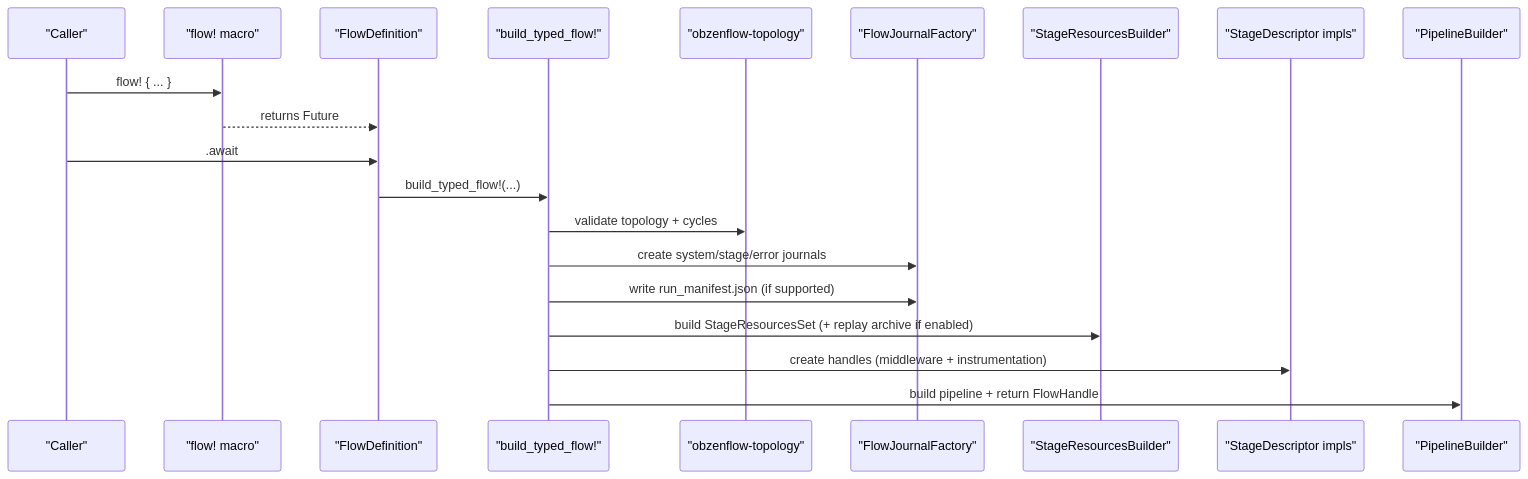
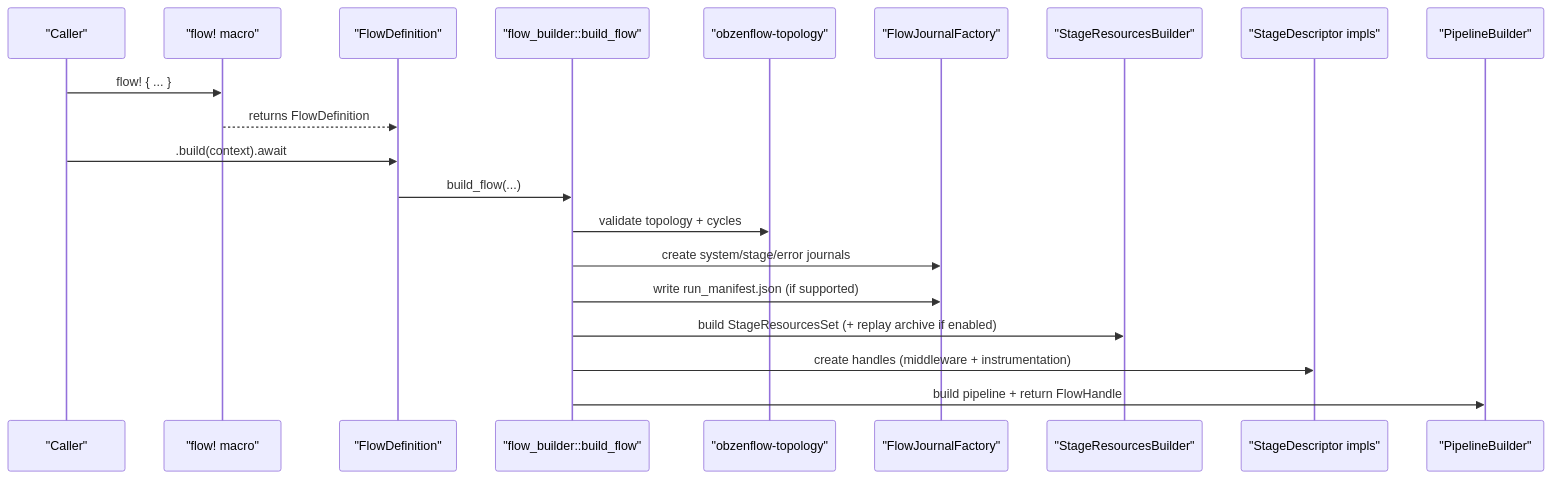
One commit to ObzenFlow/obzenflow changed the second of 2 diagrams in crates/obzenflow_dsl/src/dsl/README.md. Above: the diagram before and after it, drawn with Mermaid. The commit also changed other lines of this file and 148 other files, not shown here.

First line of the commit message:
FLOWIP-115r: Remove the flow-level middleware slot (#85)

````diff
--- a/crates/obzenflow_dsl/src/dsl/README.md
+++ b/crates/obzenflow_dsl/src/dsl/README.md
@@ -34,25 +34,25 @@
 ```mermaid
 sequenceDiagram
   participant User as "Caller"
   participant Flow as "flow! macro"
   participant Def as "FlowDefinition"
-  participant Build as "build_typed_flow!"
+  participant Build as "flow_builder::build_flow"
   participant Topo as "obzenflow-topology"
   participant Journals as "FlowJournalFactory"
   participant Res as "StageResourcesBuilder"
   participant Stages as "StageDescriptor impls"
   participant Pipe as "PipelineBuilder"
 
   User->>Flow: flow! { ... }
-  Flow-->>Def: returns Future
+  Flow-->>Def: returns FlowDefinition
 
-  User->>Def: .await
-  Def->>Build: build_typed_flow!(...)
+  User->>Def: .build(context).await
+  Def->>Build: build_flow(...)
 
   Build->>Topo: validate topology + cycles
   Build->>Journals: create system/stage/error journals
   Build->>Journals: write run_manifest.json (if supported)
   Build->>Res: build StageResourcesSet (+ replay archive if enabled)
   Build->>Stages: create handles (middleware + instrumentation)
   Build->>Pipe: build pipeline + return FlowHandle
 ```
````
